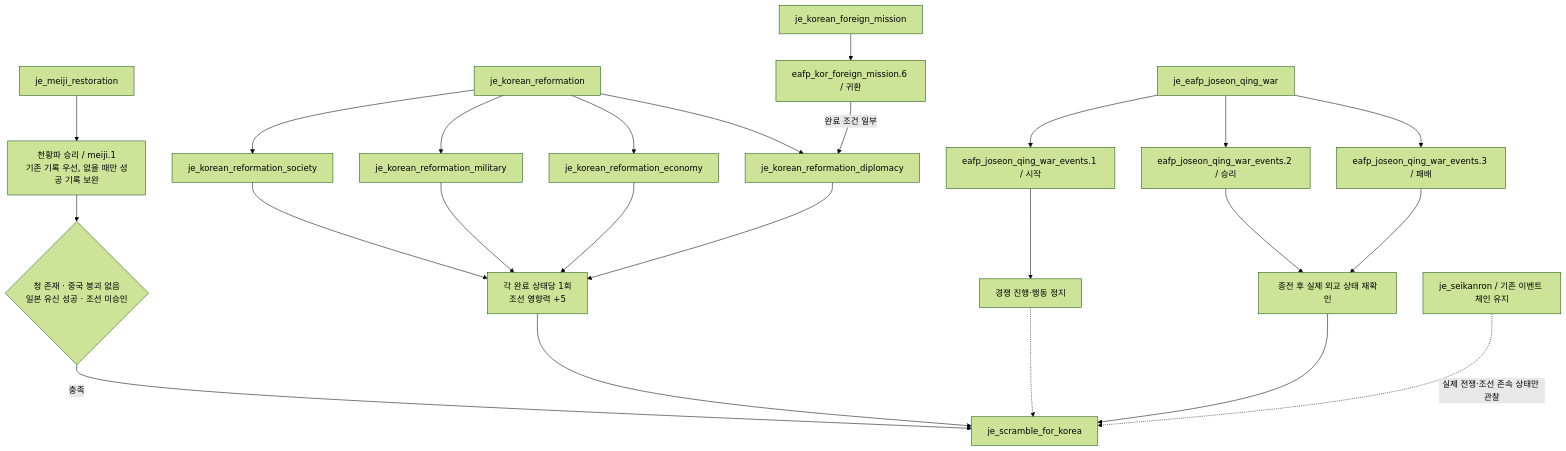
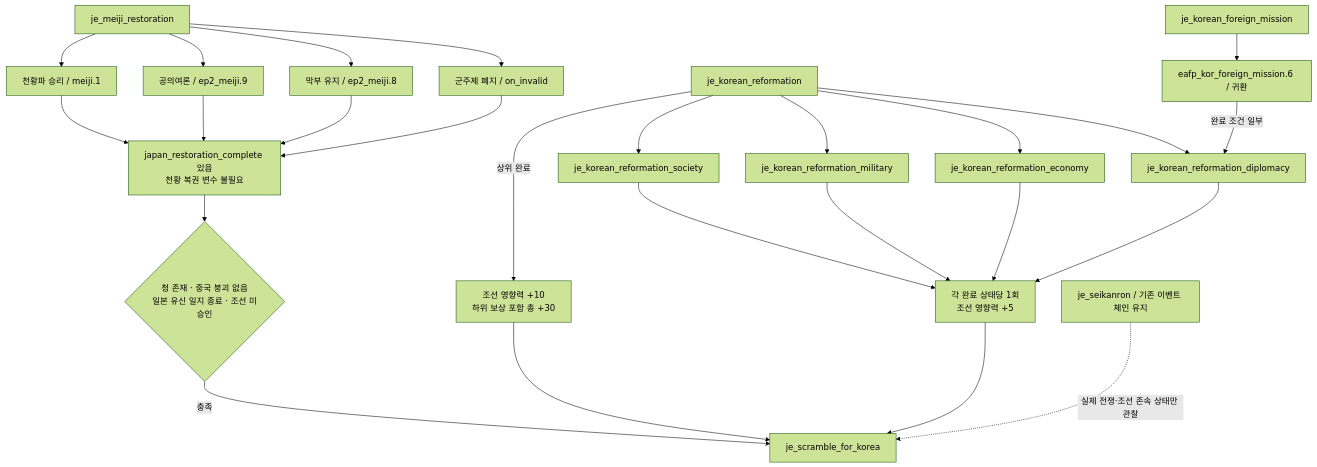
The first of 3 diagrams in scratch/scramble_for_korea_journal_design_plan.md (East-Asia-Flavor-Pack/East-Asia-Flavor-Pack), drawn with Mermaid (forest theme) before and after one commit. The commit also changed other lines of this file, not shown here.

````diff
--- a/scratch/scramble_for_korea_journal_design_plan.md
+++ b/scratch/scramble_for_korea_journal_design_plan.md
@@ -245,26 +316,27 @@
 ```mermaid
 flowchart TD
-    M["je_meiji_restoration"] --> MS["천황파 승리 / meiji.1<br/>기존 기록 우선, 없을 때만 성공 기록 보완"]
-    MS --> G{"청 존재 · 중국 붕괴 없음<br/>일본 유신 성공 · 조선 미승인"}
+    M["je_meiji_restoration"] --> MS["천황파 승리 / meiji.1"]
+    M --> KY["공의여론 / ep2_meiji.9"]
+    M --> BK["막부 유지 / ep2_meiji.8"]
+    M --> AB["군주제 폐지 / on_invalid"]
+    MS --> JR["japan_restoration_complete 있음<br/>천황 복권 변수 불필요"]
+    KY --> JR
+    BK --> JR
+    AB --> JR
+    JR --> G{"청 존재 · 중국 붕괴 없음<br/>일본 유신 일지 종료 · 조선 미승인"}
     G -->|충족| S["je_scramble_for_korea"]
     R["je_korean_reformation"] --> R1["je_korean_reformation_society"]
     R --> R2["je_korean_reformation_military"]
     R --> R3["je_korean_reformation_economy"]
     R --> R4["je_korean_reformation_diplomacy"]
+    R -->|상위 완료| RB["조선 영향력 +10<br/>하위 보상 포함 총 +30"]
+    RB --> S
     F["je_korean_foreign_mission"] --> F6["eafp_kor_foreign_mission.6 / 귀환"]
     F6 -->|완료 조건 일부| R4
     R1 --> B["각 완료 상태당 1회<br/>조선 영향력 +5"]
     R2 --> B
     R3 --> B
     R4 --> B
     B --> S
-    W["je_eafp_joseon_qing_war"] --> W1["eafp_joseon_qing_war_events.1 / 시작"]
-    W1 --> P["경쟁 진행·행동 정지"]
-    W --> W2["eafp_joseon_qing_war_events.2 / 승리"]
-    W --> W3["eafp_joseon_qing_war_events.3 / 패배"]
-    W2 --> C["종전 후 실제 외교 상태 재확인"]
-    W3 --> C
-    P -.-> S
-    C --> S
     Q["je_seikanron / 기존 이벤트 체인 유지"] -.->|실제 전쟁·조선 존속 상태만 관찰| S
 ```
````
